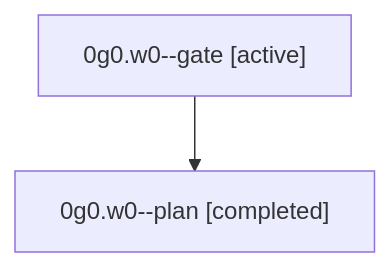
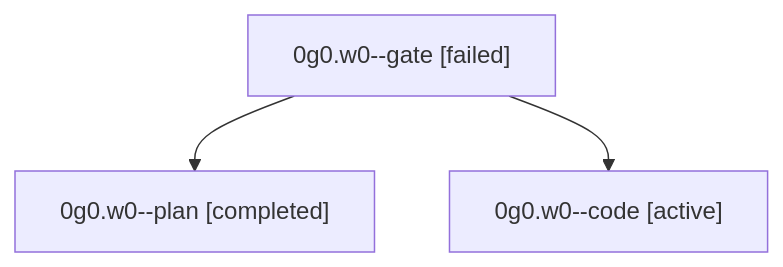
One commit to sase-org/sase--agents changed the diagram in families/bbugyi200.athena.0g0.w0.md. Above: the diagram before and after it, drawn with Mermaid. The commit also changed other lines of this file and 21 other files, not shown here.

````diff
--- a/families/bbugyi200.athena.0g0.w0.md
+++ b/families/bbugyi200.athena.0g0.w0.md
@@ -9,6 +9,8 @@
 ```mermaid
 flowchart TD
-  n0["0g0.w0--gate [active]"]
+  n0["0g0.w0--gate [failed]"]
   n1["0g0.w0--plan [completed]"]
   n0 --> n1
+  n2["0g0.w0--code [active]"]
+  n0 --> n2
 ```
````
